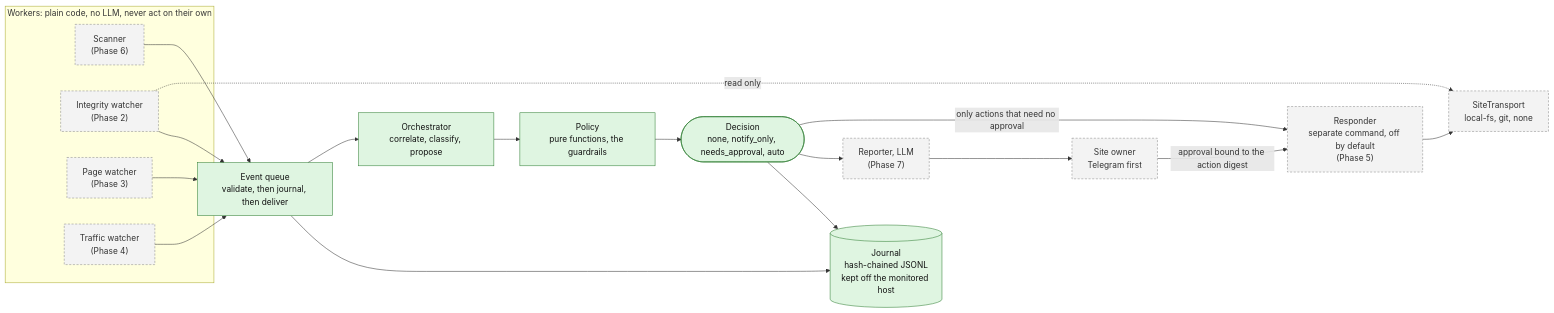
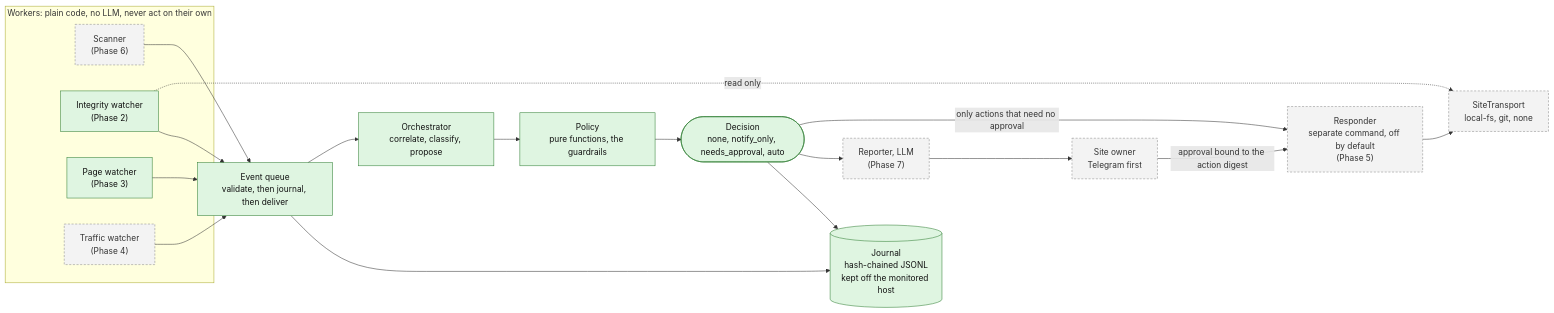
One commit to Jijots/caretaker changed the diagram in src/guard/README.md. Above: the diagram before and after it, drawn with Mermaid. The commit also changed other lines of this file and 17 other files, not shown here.

````diff
--- a/src/guard/README.md
+++ b/src/guard/README.md
@@ -49,40 +51,40 @@
 ```mermaid
 flowchart LR
   subgraph W["Workers: plain code, no LLM, never act on their own"]
     S["Scanner<br/>(Phase 6)"]
     I["Integrity watcher<br/>(Phase 2)"]
     P["Page watcher<br/>(Phase 3)"]
     T["Traffic watcher<br/>(Phase 4)"]
   end
 
   Q["Event queue<br/>validate, then journal, then deliver"]
   J[("Journal<br/>hash-chained JSONL<br/>kept off the monitored host")]
   O["Orchestrator<br/>correlate, classify, propose"]
   PO["Policy<br/>pure functions, the guardrails"]
   D(["Decision<br/>none, notify_only, needs_approval, auto"])
   R["Responder<br/>separate command, off by default<br/>(Phase 5)"]
   RP["Reporter, LLM<br/>(Phase 7)"]
   OW["Site owner<br/>Telegram first"]
   TR["SiteTransport<br/>local-fs, git, none"]
 
   S --> Q
   I --> Q
   P --> Q
   T --> Q
   Q --> J
   Q --> O
   O --> PO
   PO --> D
   D --> J
   D --> RP
   RP --> OW
   D -->|"only actions that need no approval"| R
   OW -->|"approval bound to the action digest"| R
   R --> TR
   I -.->|"read only"| TR
 
   classDef built fill:#dff5e1,stroke:#2e7d32,color:#111;
   classDef planned fill:#f3f3f3,stroke:#888,stroke-dasharray: 4 3,color:#333;
-  class Q,J,O,PO,D built;
-  class S,I,P,T,R,RP,OW,TR planned;
+  class Q,J,O,PO,D,I,P built;
+  class S,T,R,RP,OW,TR planned;
 ```
````
